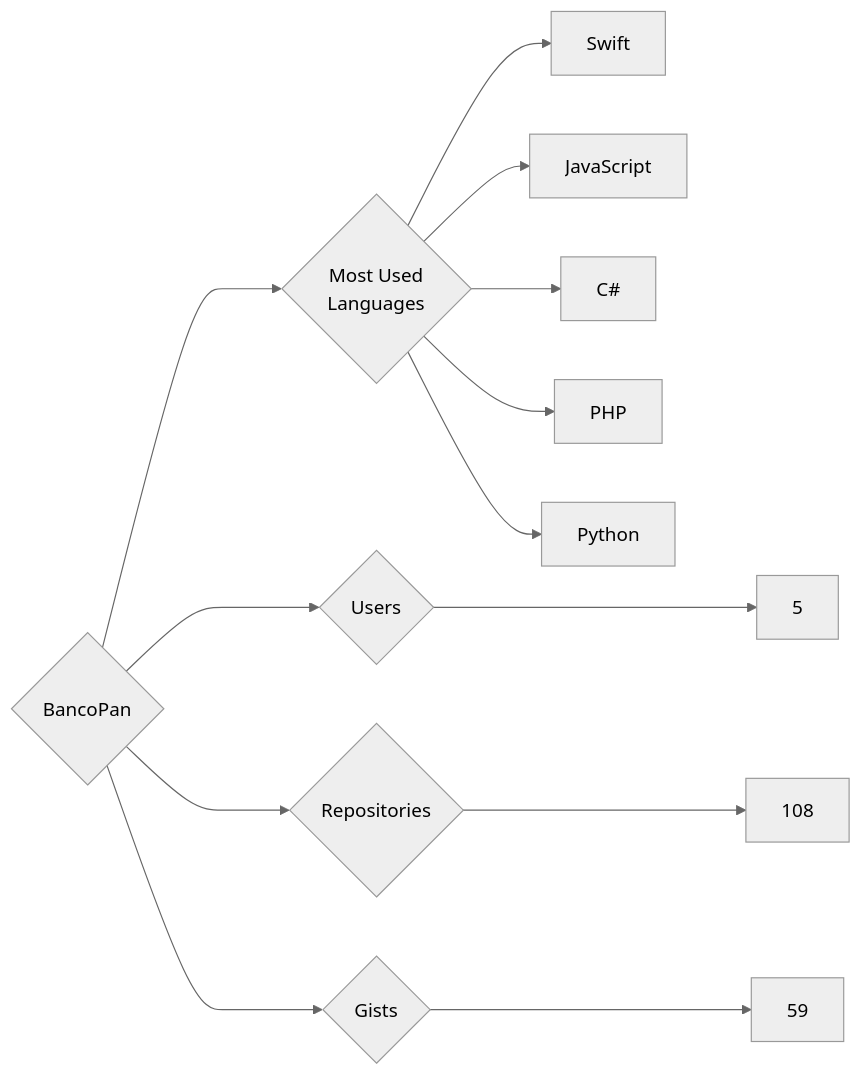
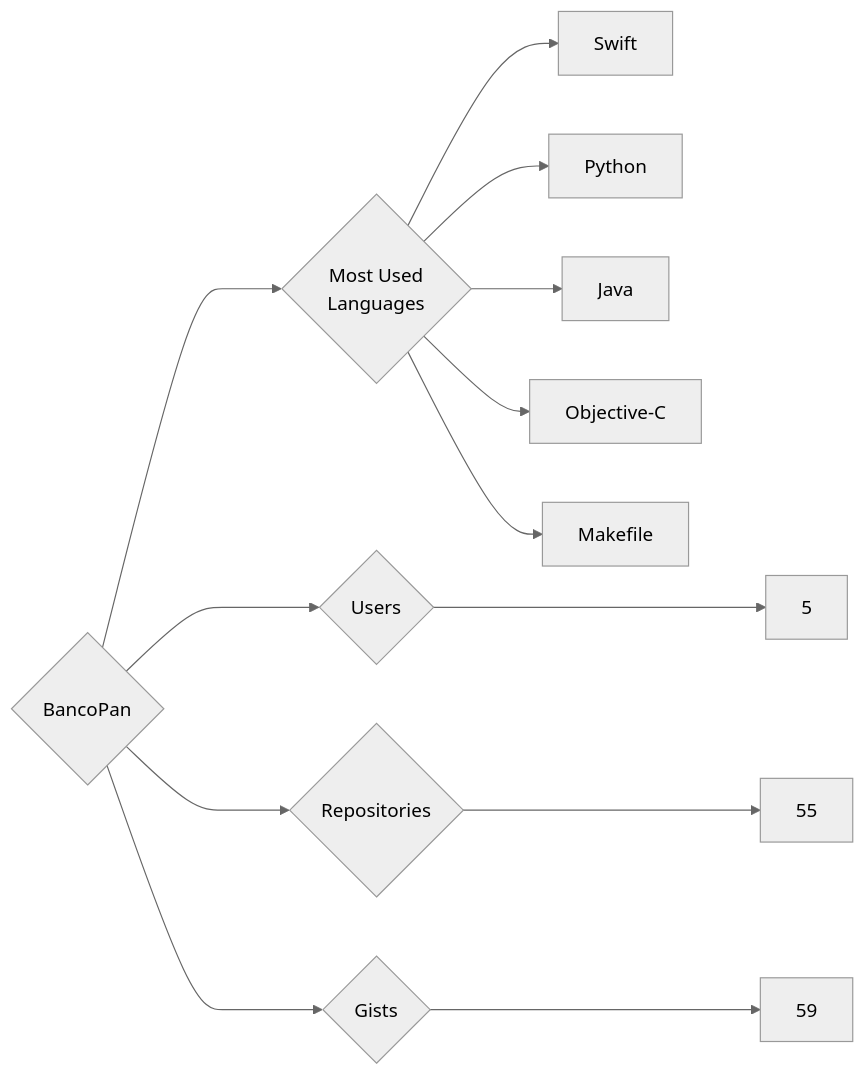
Before and after one commit to trickest/insiders: the diagram in targets/BancoPan/README.md, drawn with Mermaid (neutral theme). The commit also changed 724 other files, not shown here.

````diff
--- a/targets/BancoPan/README.md
+++ b/targets/BancoPan/README.md
@@ -3,13 +3,13 @@
 ```mermaid
 graph LR
 COMPANY_NAME{BancoPan}
 COMPANY_NAME ---> U{Users} ---> UN[5]
-COMPANY_NAME ---> R{Repositories} ---> RN[108]
+COMPANY_NAME ---> R{Repositories} ---> RN[55]
 COMPANY_NAME ---> G{Gists} ---> GN[59]
 COMPANY_NAME ---> ML{Most Used<br>Languages}
 ML --> Swift[Swift]
-ML --> JavaScript[JavaScript]
-ML --> C#[C#]
-ML --> PHP[PHP]
 ML --> Python[Python]
+ML --> Java[Java]
+ML --> Objective-C[Objective-C]
+ML --> Makefile[Makefile]
 ```
````
